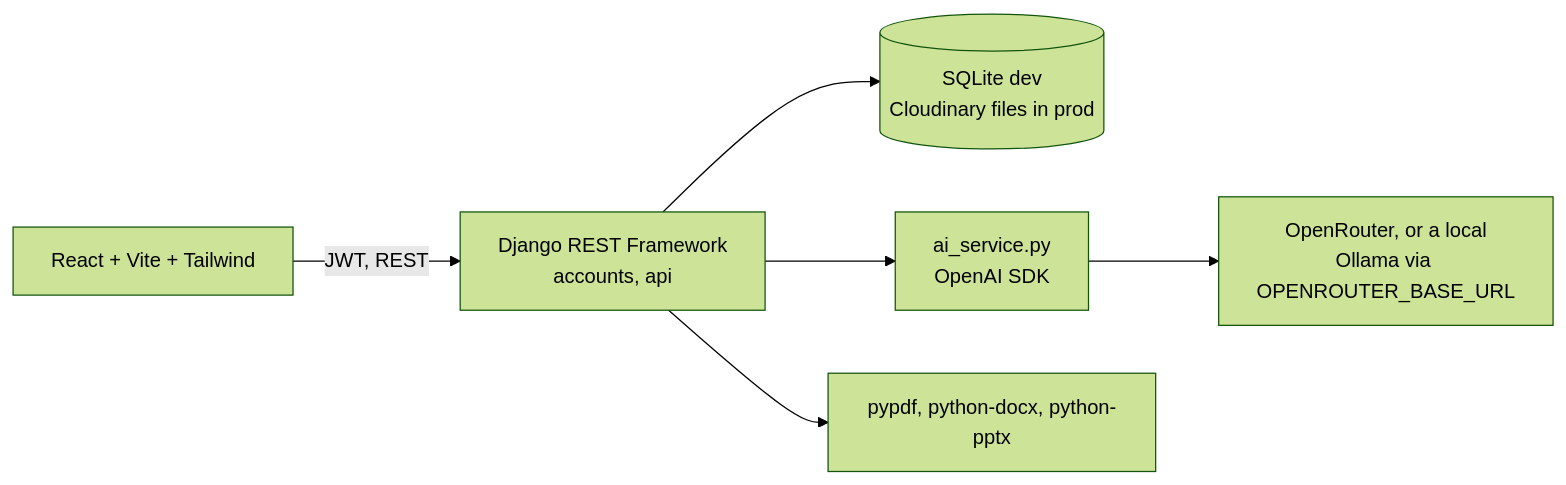
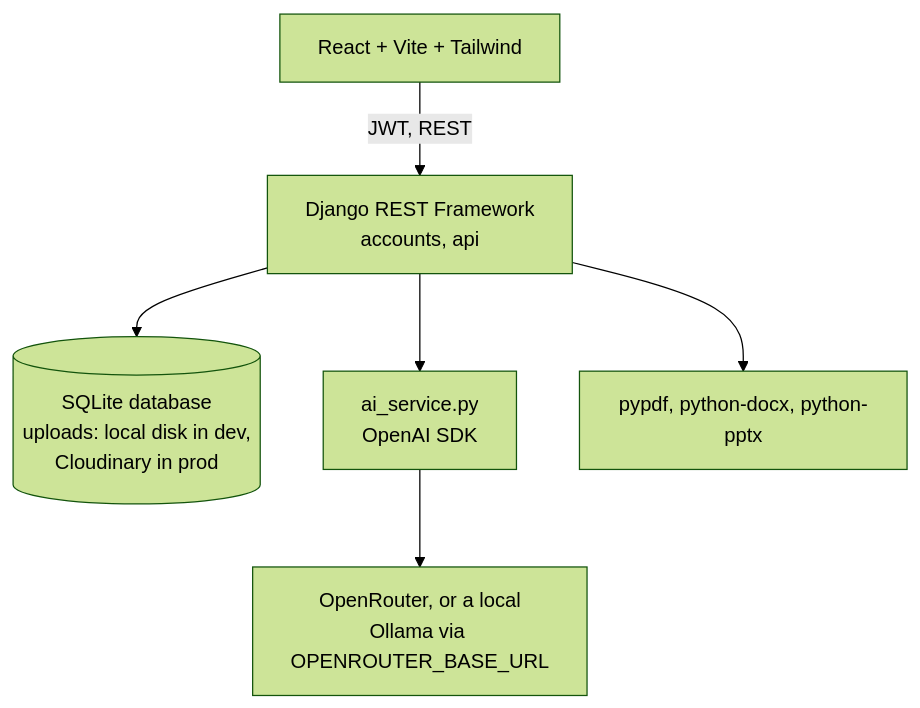
The diagram in README.md (Exalt24/RataTutor), drawn with Mermaid (forest theme) before and after one commit. The commit also changed other lines of this file, not shown here.

Commit message:
Fix the RataTutor storage label and commit count, since settings.py uses SQLite everywhere and only file storage differs by DEBUG, and draw the diagram top down for phones

````diff
--- a/README.md
+++ b/README.md
@@ -38,8 +38,8 @@
 ```mermaid
-flowchart LR
+flowchart TD
     UI["React + Vite + Tailwind"] -- "JWT, REST" --> API["Django REST Framework<br/>accounts, api"]
-    API --> DB[("SQLite dev<br/>Cloudinary files in prod")]
+    API --> DB[("SQLite database<br/>uploads: local disk in dev,<br/>Cloudinary in prod")]
     API --> AI["ai_service.py<br/>OpenAI SDK"]
     AI --> M["OpenRouter, or a local<br/>Ollama via OPENROUTER_BASE_URL"]
     API --> P["pypdf, python-docx, python-pptx"]
 ```
````
